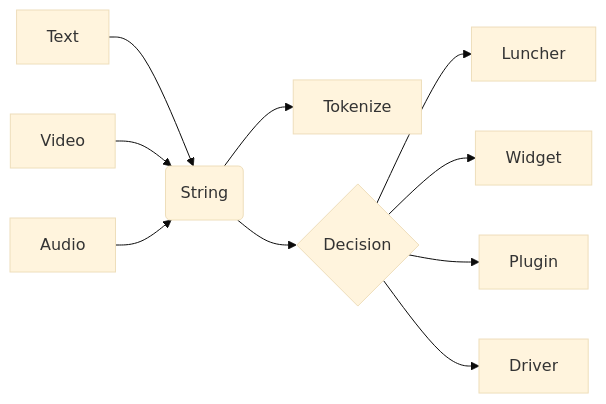
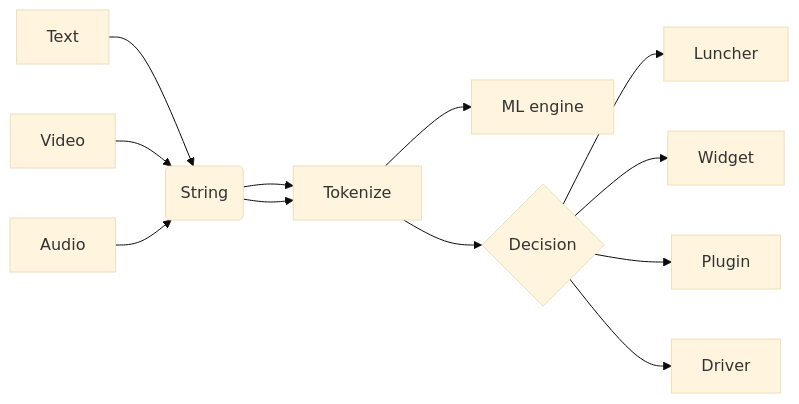
One commit to sh-navid/NExT changed the diagram in README.md. Above: the diagram before and after it, drawn with Mermaid (base theme).

````diff
--- a/README.md
+++ b/README.md
@@ -7,15 +7,18 @@
 ```mermaid
 flowchart LR
 
 A1[Text]  -->| | B(String)
 A2[Video] -->| | B(String)
 A3[Audio] -->| | B(String)
 
-B --> Tokenize
+B --> T[Tokenize]
+B --> T[Tokenize]
 
-B --> C{Decision}
+T --> L[ML engine]
+
+T --> C{Decision}
 C -->| | D1[Luncher]
 C -->| | D2[Widget]
 C -->| | D3[Plugin]
 C -->| | D4[Driver]
 ```
````
